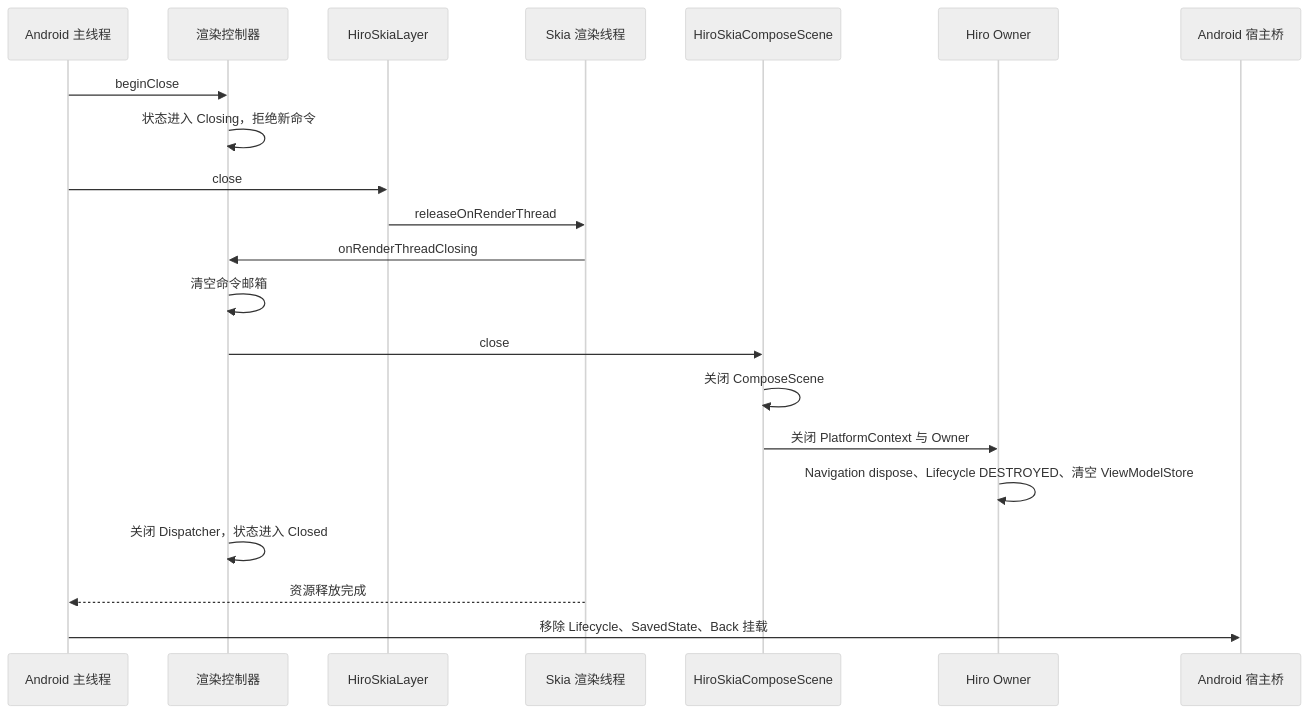
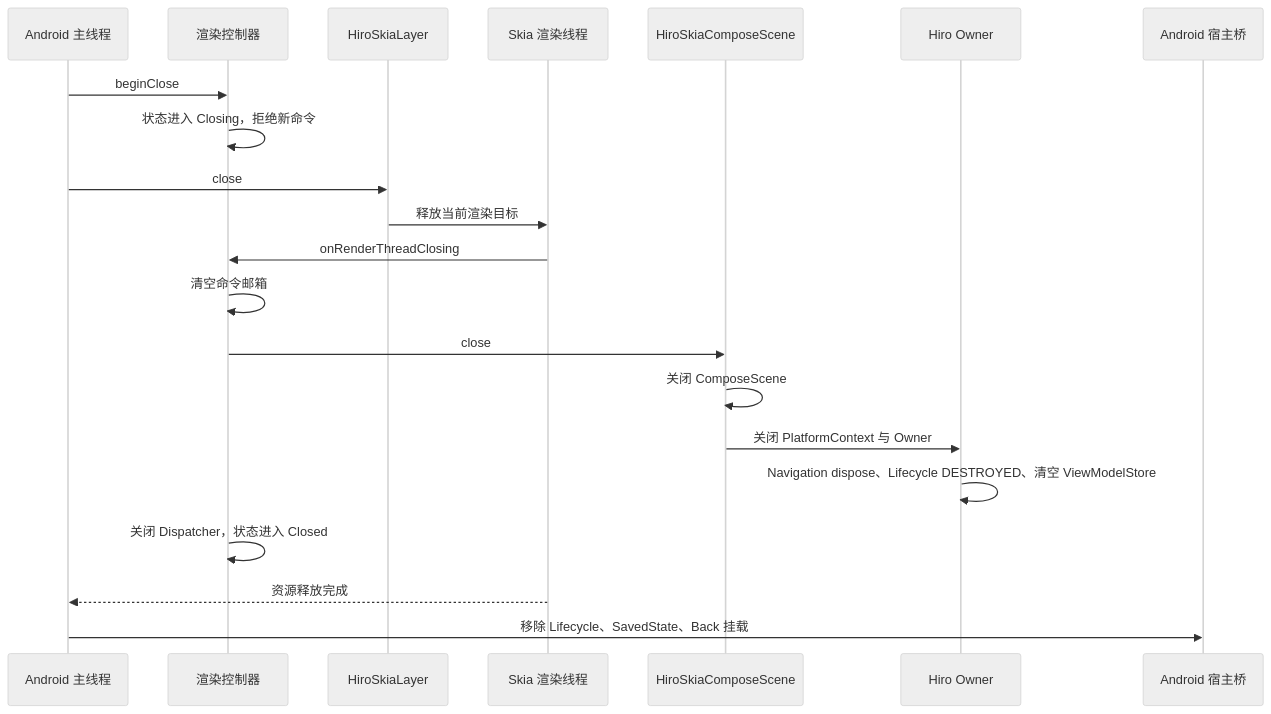
One commit to EarzuChan/Hiro changed the third of 12 diagrams in docs/hiro-compose-arch.md. Above: the diagram before and after it, drawn with Mermaid (neutral theme). The commit also changed other lines of this file and 2 other files, not shown here.

````diff
--- a/docs/hiro-compose-arch.md
+++ b/docs/hiro-compose-arch.md
@@ -204,24 +210,24 @@
 ```mermaid
 sequenceDiagram
     participant Main as Android 主线程
     participant Controller as 渲染控制器
     participant Layer as HiroSkiaLayer
     participant Render as Skia 渲染线程
     participant Scene as HiroSkiaComposeScene
     participant Owner as Hiro Owner
     participant Host as Android 宿主桥
 
     Main->>Controller: beginClose
     Controller->>Controller: 状态进入 Closing，拒绝新命令
     Main->>Layer: close
-    Layer->>Render: releaseOnRenderThread
+    Layer->>Render: 释放当前渲染目标
     Render->>Controller: onRenderThreadClosing
     Controller->>Controller: 清空命令邮箱
     Controller->>Scene: close
     Scene->>Scene: 关闭 ComposeScene
     Scene->>Owner: 关闭 PlatformContext 与 Owner
     Owner->>Owner: Navigation dispose、Lifecycle DESTROYED、清空 ViewModelStore
     Controller->>Controller: 关闭 Dispatcher，状态进入 Closed
     Render-->>Main: 资源释放完成
     Main->>Host: 移除 Lifecycle、SavedState、Back 挂载
 ```
````
